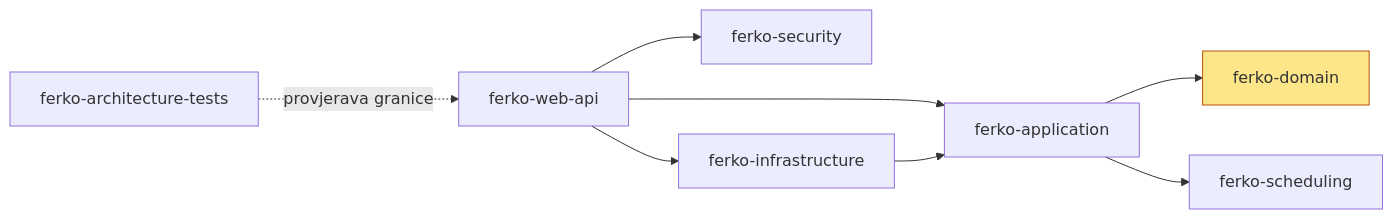
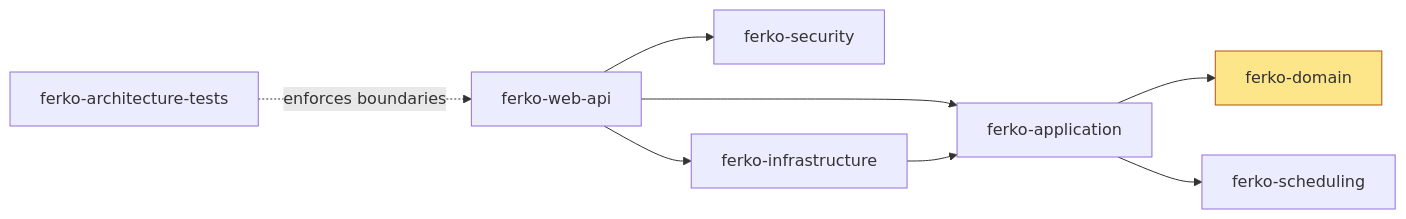
One commit to KarloKnezevic/Ferko changed the second of 6 diagrams in README.md. Above: the diagram before and after it, drawn with Mermaid. The commit also changed other lines of this file and 38 other files, not shown here.

First line of the commit message:
Dokumentacija iznova na engleskom: marketinški README, UML i vodiči (#96)

````diff
--- a/README.md
+++ b/README.md
@@ -202,13 +223,13 @@
 ```mermaid
 graph LR
     web["ferko-web-api"] --> app["ferko-application"]
     web --> sec["ferko-security"]
     web --> infra["ferko-infrastructure"]
     infra --> app
     app --> dom["ferko-domain"]
     app --> sch["ferko-scheduling"]
-    arch["ferko-architecture-tests"] -. provjerava granice .-> web
+    arch["ferko-architecture-tests"] -. enforces boundaries .-> web
 
     classDef d fill:#fde68a,stroke:#b45309;
     class dom d
 ```
````
